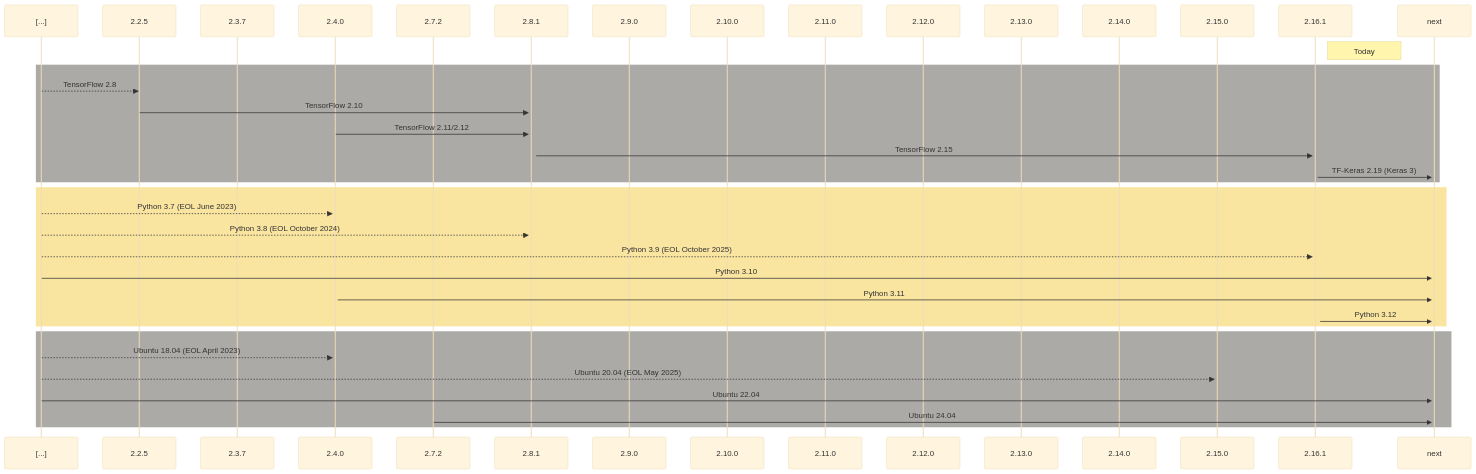
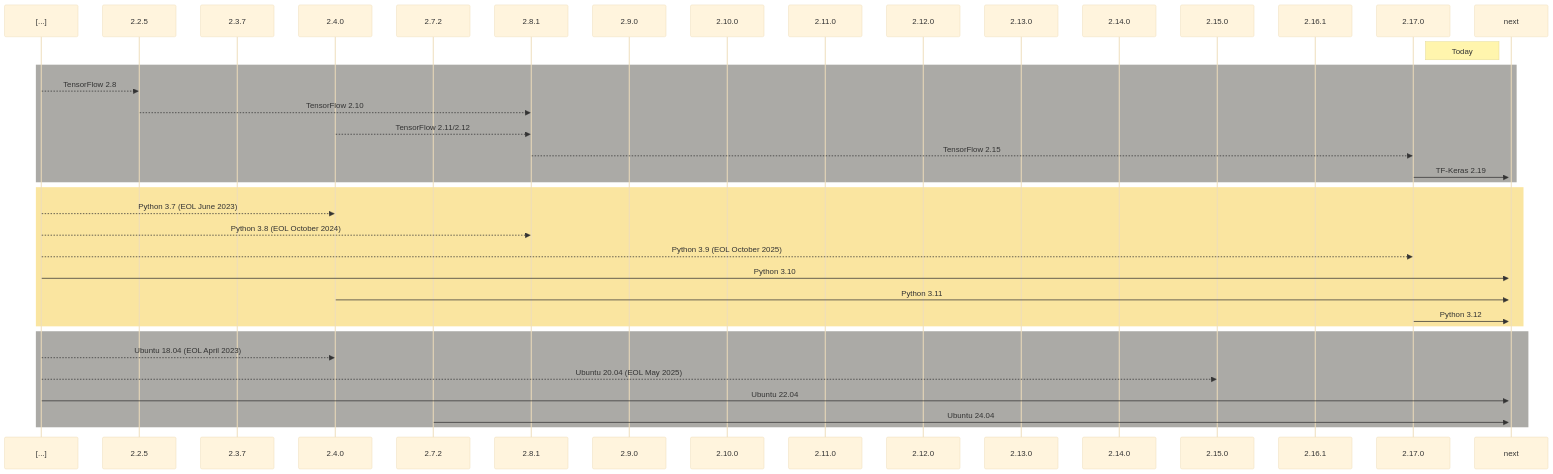
One commit to Brainchip-Inc/akida_examples changed the diagram in README.md. Above: the diagram before and after it, drawn with Mermaid.

Commit message:
chore(README): update version support

````diff
--- a/README.md
+++ b/README.md
@@ -76,41 +76,42 @@
 ```mermaid
 sequenceDiagram
     participant [...]
     participant 2.2.5
     participant 2.3.7
     participant 2.4.0
     participant 2.7.2
     participant 2.8.1
     participant 2.9.0
     participant 2.10.0
     participant 2.11.0
     participant 2.12.0
     participant 2.13.0
     participant 2.14.0
     participant 2.15.0
     participant 2.16.1
+    participant 2.17.0
     participant next
-    Note right of 2.16.1: Today
+    Note right of 2.17.0: Today
 rect rgb(171, 170, 166)
     [...]-->>2.2.5: TensorFlow 2.8
-    2.2.5->>+2.8.1: TensorFlow 2.10
-    2.4.0->>+2.8.1: TensorFlow 2.11/2.12
-    2.8.1->>+2.16.1: TensorFlow 2.15
-    2.16.1->>+next: TF-Keras 2.19 (Keras 3)
+    2.2.5-->>2.8.1: TensorFlow 2.10
+    2.4.0-->>2.8.1: TensorFlow 2.11/2.12
+    2.8.1-->>2.17.0: TensorFlow 2.15
+    2.17.0->>+next: TF-Keras 2.19
 end
 rect rgb(250, 229, 160)
-    [...]-->>+2.4.0: Python 3.7 (EOL June 2023)
-    [...]-->>+2.8.1: Python 3.8 (EOL October 2024)
-    [...]-->>+2.16.1: Python 3.9 (EOL October 2025)
+    [...]-->>2.4.0: Python 3.7 (EOL June 2023)
+    [...]-->>2.8.1: Python 3.8 (EOL October 2024)
+    [...]-->>2.17.0: Python 3.9 (EOL October 2025)
     [...]->>+next: Python 3.10
     2.4.0->>+next: Python 3.11
-    2.16.1->>+next: Python 3.12
+    2.17.0->>+next: Python 3.12
 end
 rect rgb(171, 170, 166)
-    [...]-->>+2.4.0: Ubuntu 18.04 (EOL April 2023)
-    [...]-->>+2.15.0: Ubuntu 20.04 (EOL May 2025)
+    [...]-->>2.4.0: Ubuntu 18.04 (EOL April 2023)
+    [...]-->>2.15.0: Ubuntu 20.04 (EOL May 2025)
     [...]->>+next: Ubuntu 22.04
     2.7.2->>+next: Ubuntu 24.04
 end
 %%{init:{'theme':'base'}}%%
 ```
````
